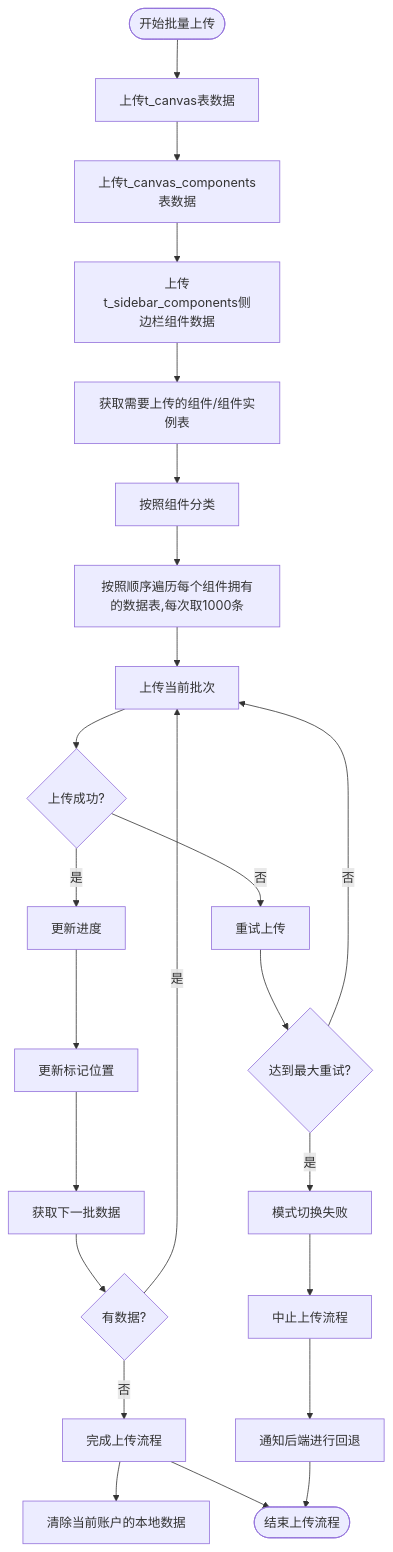
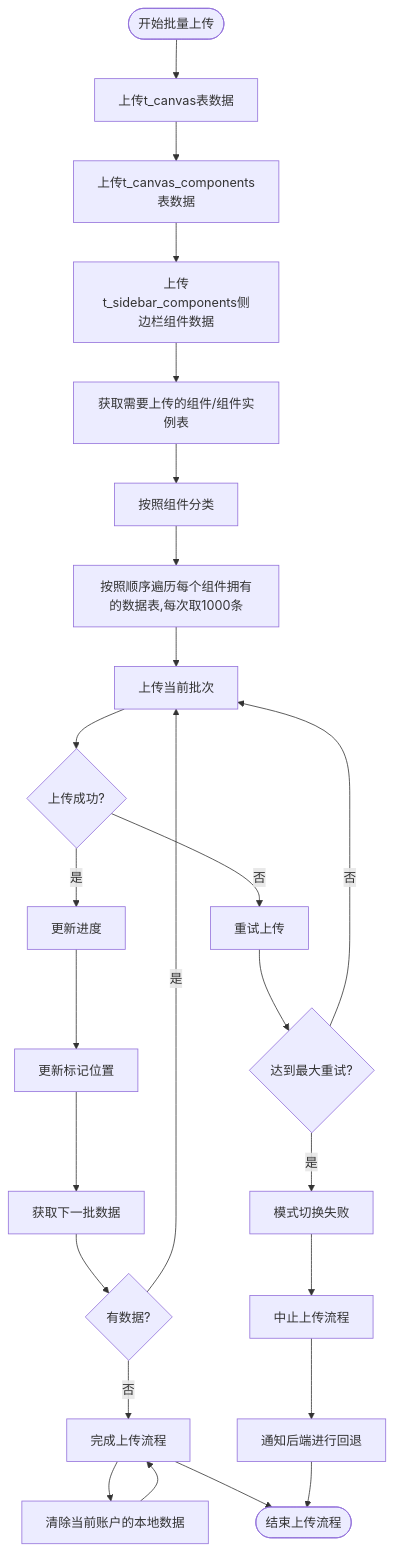
Before and after one commit to yingjianzh/iodraw-files: the diagram in all/未命名-51.md, drawn with Mermaid.

Commit message:
2025-05-08 17:40:50 update

````diff
--- a/all/未命名-51.md
+++ b/all/未命名-51.md
@@ -1,34 +1,34 @@
 ```mermaid
 flowchart TD
     Start([开始批量上传]) --> UploadSpaceData[上传t_canvas表数据]
     UploadSpaceData --> UploadComponentListData[上传t_canvas_components表数据]
     UploadComponentListData --> UploadSiderComponent[上传t_sidebar_components侧边栏组件数据]
     UploadSiderComponent --> FetchData[获取需要上传的组件/组件实例表]
     FetchData --> ClassifyData[按照组件分类]
     ClassifyData --> UploadData[按照顺序遍历每个组件拥有的数据表,每次取1000条]
     UploadData --> UploadBatch[上传当前批次]
     
     UpdateProgress --> UpdateMarker[更新标记位置]
     UpdateMarker --> FetchNextBatch[获取下一批数据]
     
     FetchNextBatch --> CheckResults{有数据?}
     CheckResults -->|否| CompleteUpload[完成上传流程]
     CheckResults -->|是| UploadBatch
 
     
     UploadBatch --> UploadSuccess{上传成功?}
     UploadSuccess -->|是| UpdateProgress[更新进度]
     UploadSuccess -->|否| RetryUpload[重试上传]
     
     RetryUpload --> MaxRetries{达到最大重试?}
     MaxRetries -->|否| UploadBatch
     MaxRetries -->|是| ErrorHandling[模式切换失败]
     
     ErrorHandling --> AbortProcess[中止上传流程]
     AbortProcess --> ReportError[通知后端进行回退]
     
     CompleteUpload --> DeleteLocalData[清除当前账户的本地数据]
-    DeleteLocalData
+    DeleteLocalData --> 
     CompleteUpload --> End([结束上传流程])
     ReportError --> End
 ```
````
